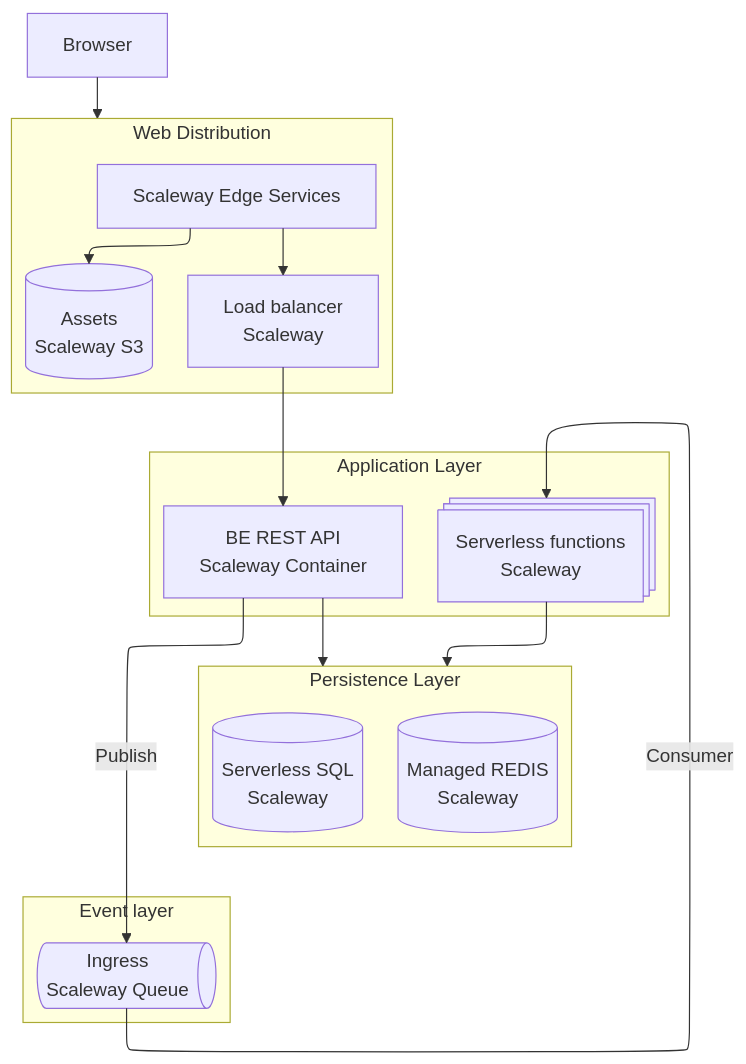
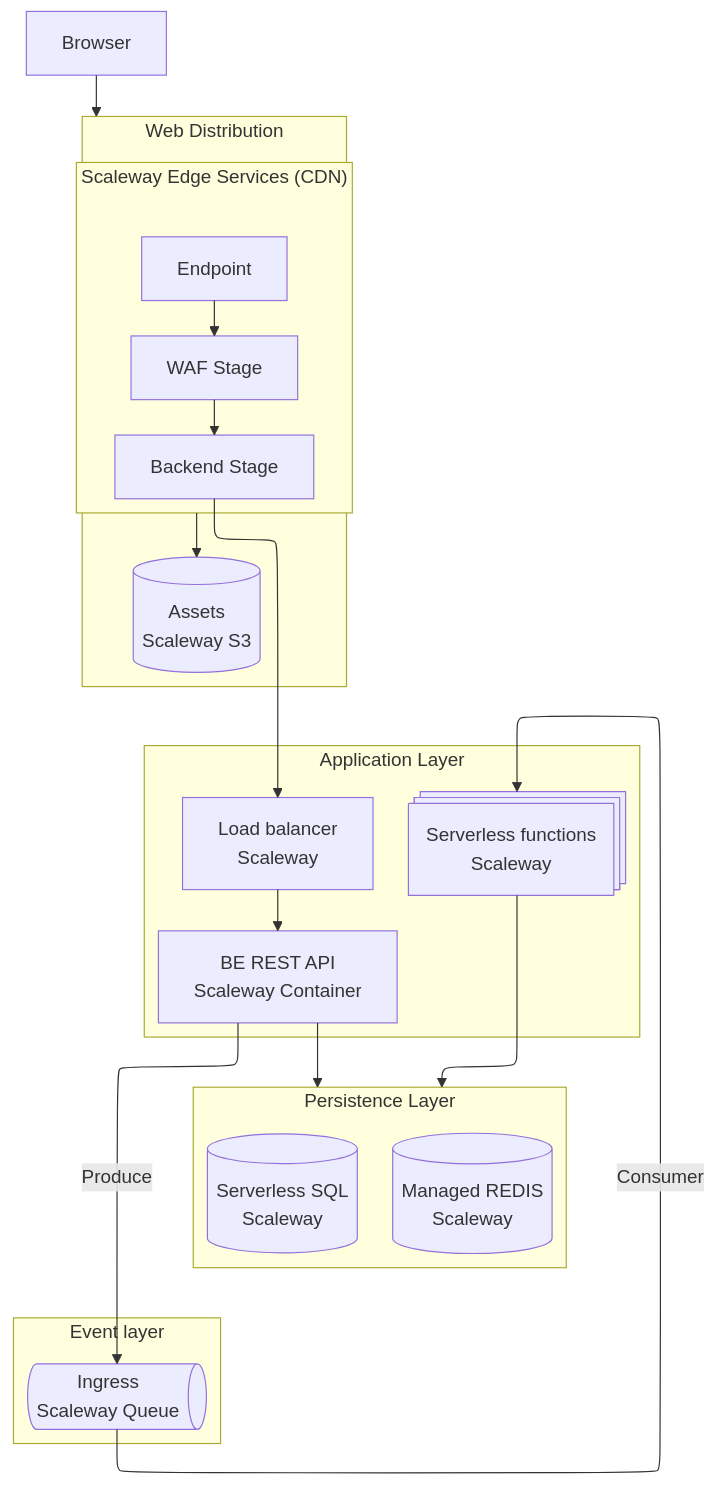
The diagram in README.md (Locutus-code/scaleway-poc), drawn with Mermaid before and after one commit. The commit also changed other lines of this file, not shown here.

````diff
--- a/README.md
+++ b/README.md
@@ -7,50 +18,56 @@
 ```mermaid
 ---
 config:
     layout: elk
 ---
 flowchart
 
     Browser --> WebDistribution
 
     subgraph WebDistribution["Web Distribution"]
-        CDN["Scaleway Edge Services"] --> S3 & ApplicationGW
+        subgraph EdgeServices["Scaleway Edge Services (CDN)"]
+            EdgeTermination["Endpoint"] 
+            --> WAF["WAF Stage"] 
+            --> BackendStage["Backend Stage"]  
+        end
+        EdgeServices--> S3
         S3@{shape: cyl, label: "Assets
         Scaleway S3 "}
+        
+    end
+
+    BackendStage --> ApplicationGW
+
+    subgraph ApplicationLayer["Application Layer"]
         ApplicationGW["
         Load balancer
         Scaleway
         "]
-    end
-
-    ApplicationGW --> BEContainer
-
-    subgraph ApplicationLayer["Application Layer"]
-        
+        ApplicationGW --> BEContainer
         BEContainer["
         BE REST API
         Scaleway Container
         "]
         Functions@{shape: procs, label: "Serverless functions
         Scaleway"}
     end
 
     subgraph EventsLayer["Event layer"]
         IngressQueue@{shape: das, label: "Ingress
         Scaleway Queue
         "}
     end
 
-    BEContainer --Publish-->IngressQueue
+    BEContainer --Produce-->IngressQueue
     IngressQueue --Consumer--> Functions
 
     subgraph PersistenceLayer["Persistence Layer" ]
         direction TB
         SQL@{shape: cyl, label: "Serverless SQL
         Scaleway"}
         REDIS@{shape: cyl, label: "Managed REDIS
         Scaleway"}
     end
 
     BEContainer & Functions --> PersistenceLayer
 ```
````
